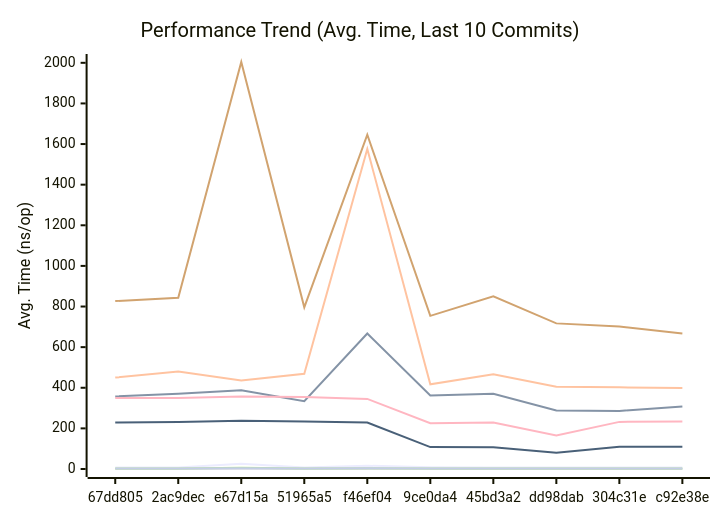
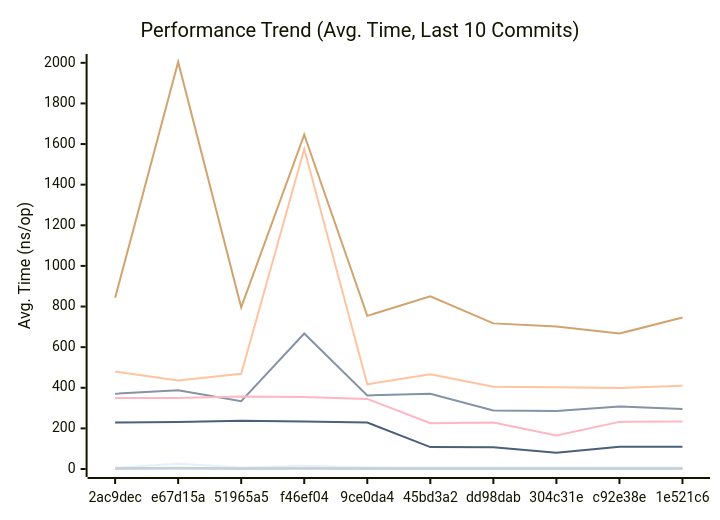
The first of 3 diagrams in docs/PERFORMANCE.md (alsotoes/momo), drawn with Mermaid before and after one commit. The commit also changed other lines of this file and 5 other files, not shown here.

````diff
--- a/docs/PERFORMANCE.md
+++ b/docs/PERFORMANCE.md
@@ -80,16 +80,16 @@
 ```mermaid
 xychart-beta
     title "Performance Trend (Avg. Time, Last 10 Commits)"
     x-axis "Commit"
     y-axis "Avg. Time (ns/op)"
-    x-axis [67dd805,2ac9dec,e67d15a,51965a5,f46ef04,9ce0da4,45bd3a2,dd98dab,304c31e,c92e38e]
-    line "CheckMetricsAndSwap" [8,7,26,8,16,9,8,7,7,7]
-    line "CrushOptimized" [357,371,388,334,667,362,370,288,286,308]
-    line "CrushOriginal" [450,480,436,469,1576,417,467,405,402,399]
-    line "IndexDirectTracking" [0,0,1,0,0,0,0,0,0,0]
-    line "IndexSearch" [3,3,6,3,4,3,3,3,3,3]
-    line "LoadGlobalConfig" [827,843,2004,796,1646,754,850,717,702,667]
-    line "PadString" [2,2,4,2,4,2,3,2,2,2]
+    x-axis [2ac9dec,e67d15a,51965a5,f46ef04,9ce0da4,45bd3a2,dd98dab,304c31e,c92e38e,1e521c6]
+    line "CheckMetricsAndSwap" [7,26,8,16,9,8,7,7,7,7]
+    line "CrushOptimized" [371,388,334,667,362,370,288,286,308,296]
+    line "CrushOriginal" [480,436,469,1576,417,467,405,402,399,410]
+    line "IndexDirectTracking" [0,1,0,0,0,0,0,0,0,0]
+    line "IndexSearch" [3,6,3,4,3,3,3,3,3,3]
+    line "LoadGlobalConfig" [843,2004,796,1646,754,850,717,702,667,746]
+    line "PadString" [2,4,2,4,2,3,2,2,2,2]
     line "ParseReplicationOrder_NoPrealloc" [350,349,357,354,345,225,229,165,232,234]
     line "ParseReplicationOrder_Prealloc" [229,231,237,234,229,108,107,80,110,109]
 ```
````
